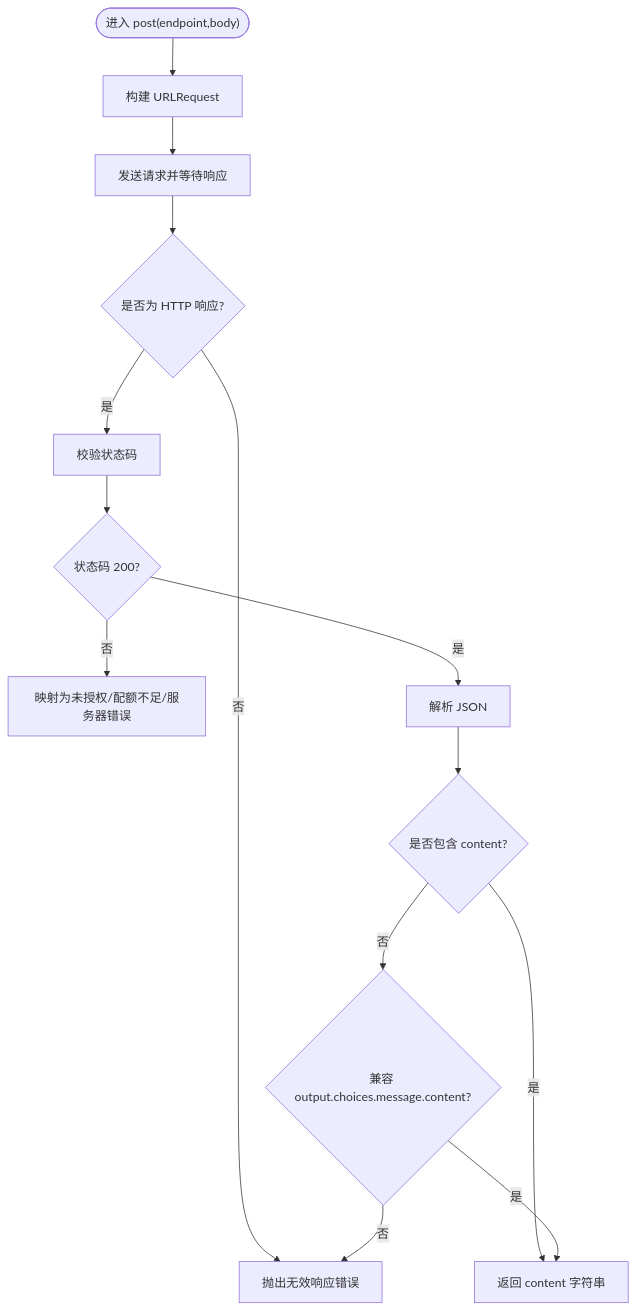
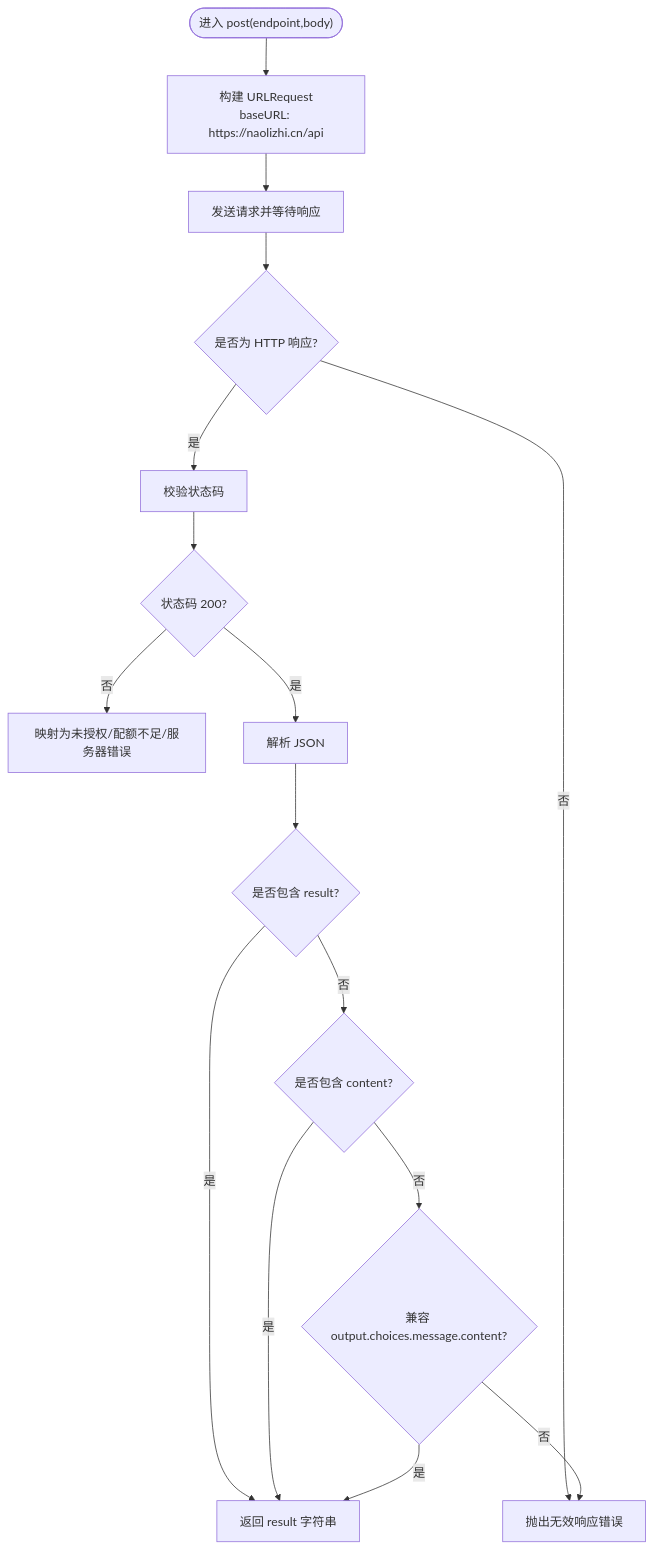
One commit to Primoguo/VoiceReader changed the third of 10 diagrams in .qoder/repowiki/zh/content/架构设计/服务器代理架构.md. Above: the diagram before and after it, drawn with Mermaid. The commit also changed other lines of this file and 92 other files, not shown here.

````diff
--- a/.qoder/repowiki/zh/content/架构设计/服务器代理架构.md
+++ b/.qoder/repowiki/zh/content/架构设计/服务器代理架构.md
@@ -172,16 +199,18 @@
 ```mermaid
 flowchart TD
-Start(["进入 post(endpoint,body)"]) --> Build["构建 URLRequest"]
+Start(["进入 post(endpoint,body)"]) --> Build["构建 URLRequest<br/>baseURL: https://naolizhi.cn/api"]
 Build --> Send["发送请求并等待响应"]
 Send --> CheckResp{"是否为 HTTP 响应?"}
 CheckResp -- 否 --> ErrInvalid["抛出无效响应错误"]
 CheckResp -- 是 --> Validate["校验状态码"]
 Validate --> CodeOK{"状态码 200?"}
 CodeOK -- 否 --> MapErr["映射为未授权/配额不足/服务器错误"]
 CodeOK -- 是 --> ParseJSON["解析 JSON"]
-ParseJSON --> ExtractContent{"是否包含 content?"}
-ExtractContent -- 是 --> ReturnStr["返回 content 字符串"]
-ExtractContent -- 否 --> Fallback{"兼容 output.choices.message.content?"}
+ParseJSON --> ExtractResult{"是否包含 result?"}
+ExtractResult -- 是 --> ReturnStr["返回 result 字符串"]
+ExtractResult -- 否 --> CheckContent{"是否包含 content?"}
+CheckContent -- 是 --> ReturnStr
+CheckContent -- 否 --> Fallback{"兼容 output.choices.message.content?"}
 Fallback -- 是 --> ReturnStr
 Fallback -- 否 --> ErrInvalid
 ```
````
